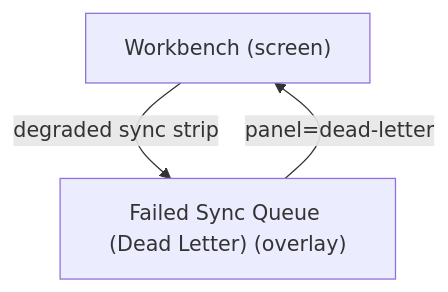
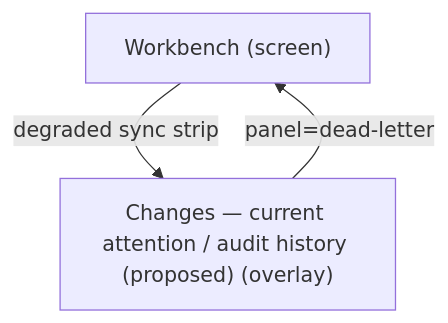
One commit to darce/context-alt-text-monorepo changed the third of 8 diagrams in apps/prototype-wp-alt-context/docs/ux-maps/workbench-operator-loop.md. Above: the diagram before and after it, drawn with Mermaid. The commit also changed other lines of this file and 8 other files, not shown here.

````diff
--- a/apps/prototype-wp-alt-context/docs/ux-maps/workbench-operator-loop.md
+++ b/apps/prototype-wp-alt-context/docs/ux-maps/workbench-operator-loop.md
@@ -469,9 +496,9 @@
 ```mermaid
 flowchart TD
   %% flow: Sync failure → dead letter → retry/discard job=job-recover-sync
   %% steps: [{"screen_id":"workbench-shell","branch_label":"degraded sync strip"},{"screen_id":"workbench-dead-letter","branch_label":"panel=dead-letter"},{"screen_id":"workbench-shell","branch_label":"retry or discard complete"}]
   n_workbench_shell["Workbench (screen)"]
-  n_workbench_dead_letter["Failed Sync Queue (Dead Letter) (overlay)"]
+  n_workbench_dead_letter["Changes — current attention / audit history (proposed) (overlay)"]
   n_workbench_shell -->|degraded sync strip| n_workbench_dead_letter
   n_workbench_dead_letter -->|panel=dead-letter| n_workbench_shell
 ```
````
